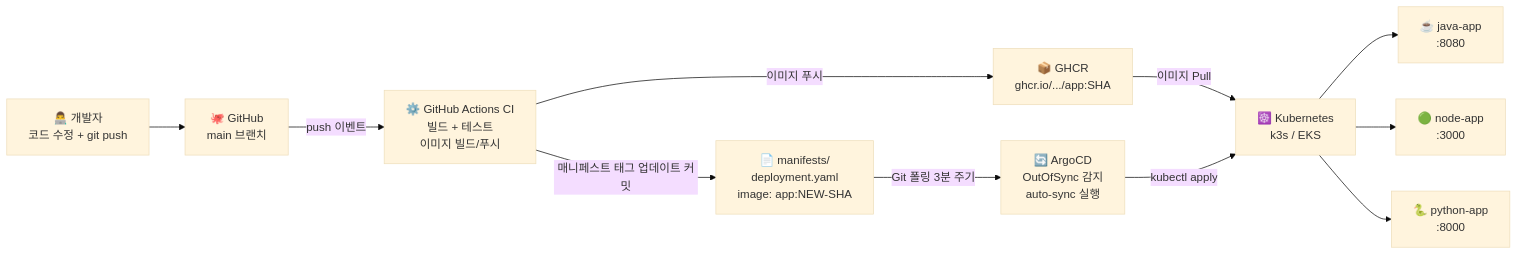
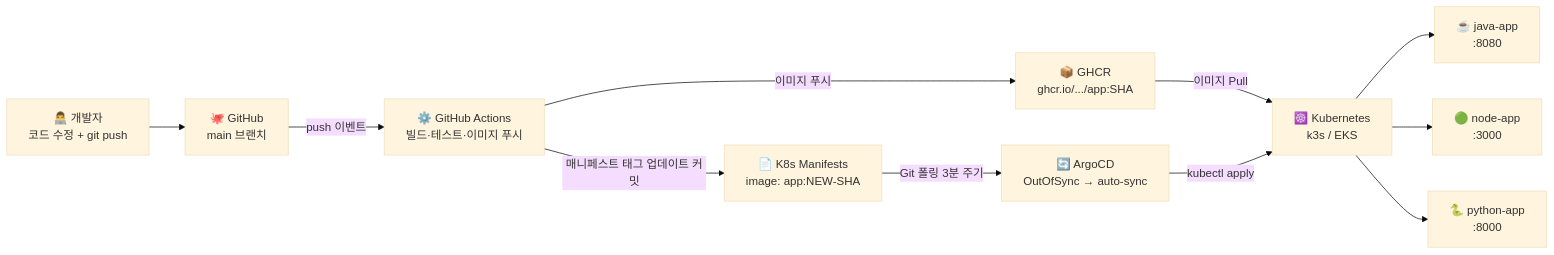
One commit to AnByoungHyun/git-argocd-lecture changed the first of 4 diagrams in docs/guides/00-overview.md. Above: the diagram before and after it, drawn with Mermaid (base theme). The commit also changed other lines of this file and 1 other file, not shown here.

Commit message:
docs: fix Mermaid newline characters for PDF compatibility (\n → <br/>)

````diff
--- a/docs/guides/00-overview.md
+++ b/docs/guides/00-overview.md
@@ -40,17 +40,17 @@
 ```mermaid
 graph LR
-    Dev["👨‍💻 개발자\n코드 수정 + git push"] --> GH["🐙 GitHub\nmain 브랜치"]
+    Dev["👨‍💻 개발자<br/>코드 수정 + git push"] --> GH["🐙 GitHub<br/>main 브랜치"]
 
-    GH -->|push 이벤트| CI["⚙️ GitHub Actions CI\n빌드 + 테스트\n이미지 빌드/푸시"]
-    CI -->|이미지 푸시| GHCR["📦 GHCR\nghcr.io/.../app:SHA"]
-    CI -->|매니페스트 태그 업데이트 커밋| Manifests["📄 manifests/\ndeployment.yaml\nimage: app:NEW-SHA"]
+    GH -->|push 이벤트| CI["⚙️ GitHub Actions<br/>빌드·테스트·이미지 푸시"]
+    CI -->|이미지 푸시| GHCR["📦 GHCR<br/>ghcr.io/.../app:SHA"]
+    CI -->|매니페스트 태그 업데이트 커밋| Manifests["📄 K8s Manifests<br/>image: app:NEW-SHA"]
 
-    Manifests -->|Git 폴링 3분 주기| ArgoCD["🔄 ArgoCD\nOutOfSync 감지\nauto-sync 실행"]
+    Manifests -->|Git 폴링 3분 주기| ArgoCD["🔄 ArgoCD<br/>OutOfSync → auto-sync"]
     GHCR -->|이미지 Pull| K8s
 
-    ArgoCD -->|kubectl apply| K8s["☸️ Kubernetes\nk3s / EKS"]
+    ArgoCD -->|kubectl apply| K8s["☸️ Kubernetes<br/>k3s / EKS"]
 
-    K8s --> Java["☕ java-app\n:8080"]
-    K8s --> Node["🟢 node-app\n:3000"]
-    K8s --> Python["🐍 python-app\n:8000"]
+    K8s --> Java["☕ java-app<br/>:8080"]
+    K8s --> Node["🟢 node-app<br/>:3000"]
+    K8s --> Python["🐍 python-app<br/>:8000"]
 ```
````
